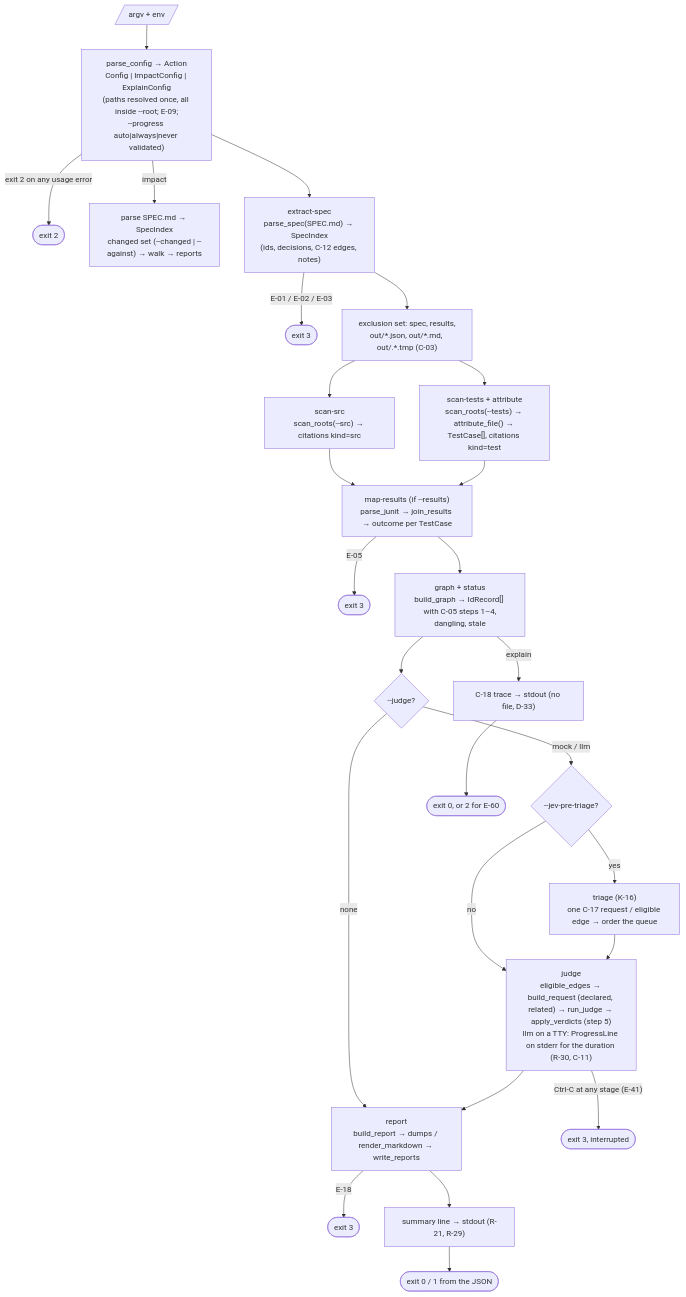
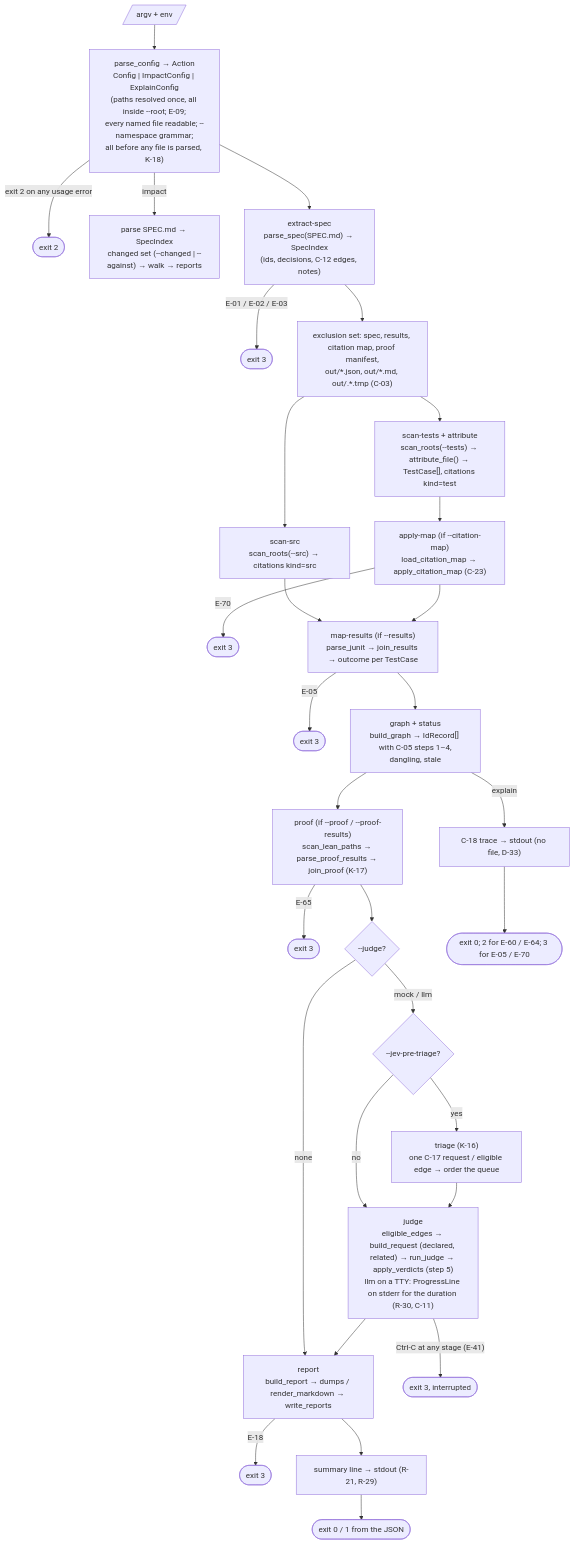
One commit to rioffe/speccheck changed the fourth of 12 diagrams in ARCHITECTURE.md. Above: the diagram before and after it, drawn with Mermaid. The commit also changed other lines of this file and 4 other files, not shown here.

First line of the commit message:
docs(architecture): bring ARCHITECTURE.md to v1.23.1

````diff
--- a/ARCHITECTURE.md
+++ b/ARCHITECTURE.md
@@ -207,27 +239,31 @@
 ```mermaid
 flowchart TB
-    argv[/argv + env/] --> parse["parse_config → Action<br/>Config | ImpactConfig | ExplainConfig<br/>(paths resolved once, all inside --root; E-09;<br/>--progress auto|always|never validated)"]
+    argv[/argv + env/] --> parse["parse_config → Action<br/>Config | ImpactConfig | ExplainConfig<br/>(paths resolved once, all inside --root; E-09;<br/>every named file readable; --namespace grammar;<br/>all before any file is parsed, K-18)"]
     parse -->|exit 2 on any usage error| X2([exit 2])
     parse -->|impact| imp["parse SPEC.md → SpecIndex<br/>changed set (--changed | --against) → walk → reports"]
     parse --> spec["extract-spec<br/>parse_spec(SPEC.md) → SpecIndex<br/>(ids, decisions, C-12 edges, notes)"]
     spec -->|E-01 / E-02 / E-03| X3a([exit 3])
-    spec --> excl["exclusion set: spec, results,<br/>out/*.json, out/*.md, out/.*.tmp (C-03)"]
+    spec --> excl["exclusion set: spec, results, citation map, proof manifest,<br/>out/*.json, out/*.md, out/.*.tmp (C-03)"]
     excl --> src["scan-src<br/>scan_roots(--src) → citations kind=src"]
     excl --> tst["scan-tests + attribute<br/>scan_roots(--tests) → attribute_file() → TestCase[], citations kind=test"]
-    src & tst --> res["map-results (if --results)<br/>parse_junit → join_results → outcome per TestCase"]
+    tst --> amap["apply-map (if --citation-map)<br/>load_citation_map → apply_citation_map (C-23)"]
+    amap -->|E-70| X3m([exit 3])
+    src & amap --> res["map-results (if --results)<br/>parse_junit → join_results → outcome per TestCase"]
     res -->|E-05| X3b([exit 3])
     res --> gr["graph + status<br/>build_graph → IdRecord[] with C-05 steps 1–4,<br/>dangling, stale"]
-    gr --> q{--judge?}
+    gr --> pf["proof (if --proof / --proof-results)<br/>scan_lean_paths → parse_proof_results → join_proof (K-17)"]
+    pf -->|E-65| X3p([exit 3])
+    pf --> q{--judge?}
     q -->|none| rep
     q -->|mock / llm| tri{--jev-pre-triage?}
     tri -->|yes| jev["triage (K-16)<br/>one C-17 request / eligible edge → order the queue"]
     tri -->|no| judge
     jev --> judge["judge<br/>eligible_edges → build_request (declared, related) → run_judge → apply_verdicts (step 5)<br/>llm on a TTY: ProgressLine on stderr for the duration (R-30, C-11)"]
     judge -->|"Ctrl-C at any stage (E-41)"| X3d(["exit 3, interrupted"])
     judge --> rep["report<br/>build_report → dumps / render_markdown → write_reports"]
     rep -->|E-18| X3c([exit 3])
     rep --> line["summary line → stdout (R-21, R-29)"]
     line --> X01([exit 0 / 1 from the JSON])
     gr -->|explain| ex["C-18 trace → stdout (no file, D-33)"]
-    ex --> X0e([exit 0, or 2 for E-60])
+    ex --> X0e([exit 0; 2 for E-60 / E-64; 3 for E-05 / E-70])
 ```
````
